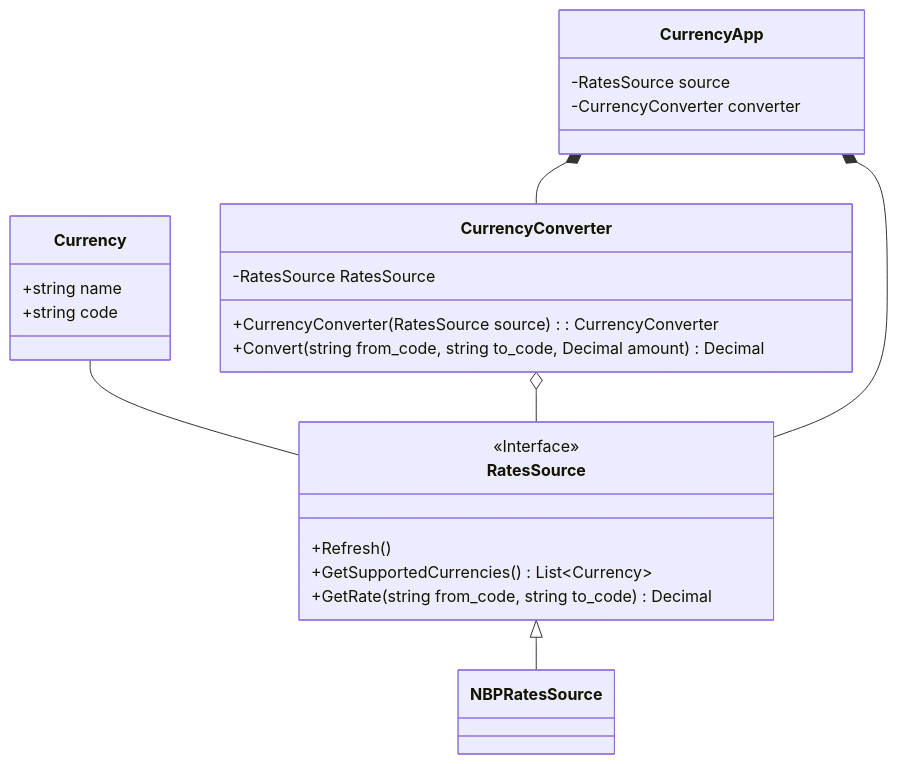
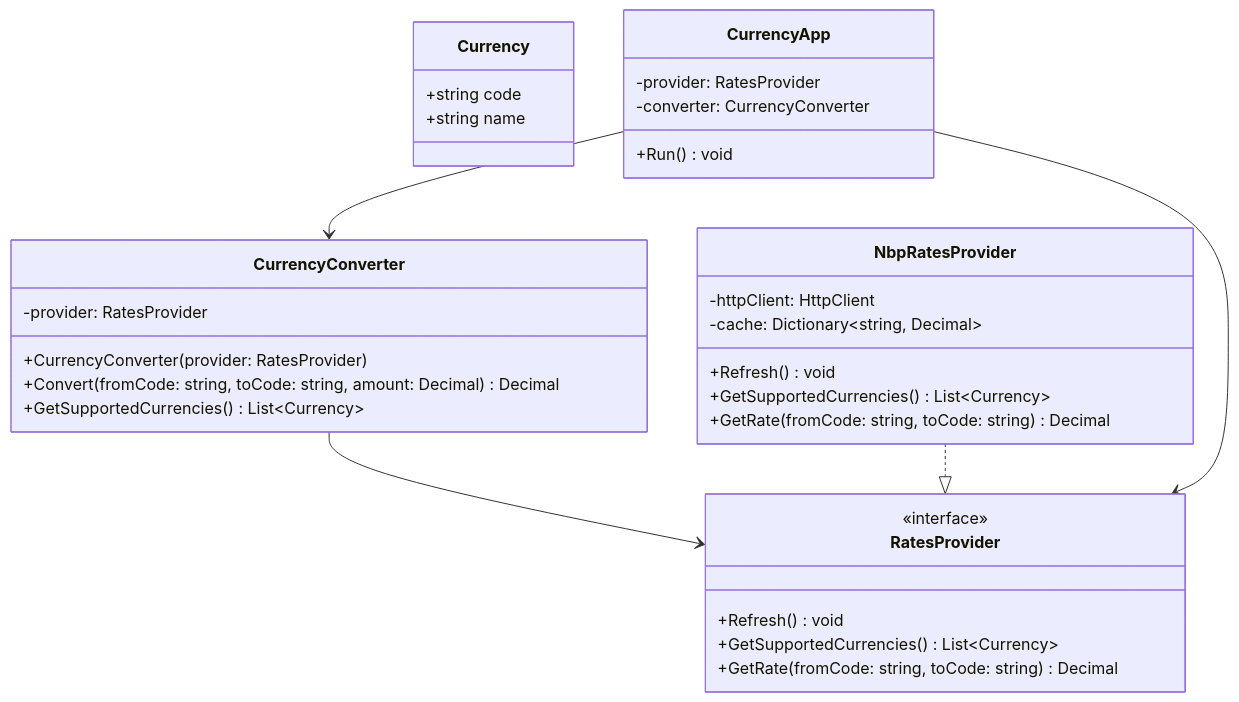
Before and after one commit to LostInTheLogs/PK-TO: the diagram in README.md, drawn with Mermaid.

Commit message:
Refactor class diagram in README.md

````diff
--- a/README.md
+++ b/README.md
@@ -2,33 +1,41 @@
 ```mermaid
 classDiagram
-
-    Currency -- RatesSource
-    class RatesSource {
-        <<Interface>>
-        +Refresh()
-        +GetSupportedCurrencies() List~Currency~
-        +GetRate(string from_code, string to_code) Decimal
-    }
-    RatesSource <|-- NBPRatesSource 
-    class NBPRatesSource{
+    class Currency {
+        +string code
+        +string name
     }
 
-    class Currency{
-      +string name
-      +string code
+    class RatesProvider {
+        <<interface>>
+        +Refresh() void
+        +GetSupportedCurrencies() List~Currency~
+        +GetRate(fromCode: string, toCode: string) Decimal
     }
 
-    CurrencyConverter o-- RatesSource
-    class CurrencyConverter{
-        -RatesSource RatesSource
-        +CurrencyConverter(RatesSource source): CurrencyConverter
-        +Convert(string from_code, string to_code, Decimal amount) Decimal
+    class NbpRatesProvider {
+        -httpClient: HttpClient
+        -cache: Dictionary~string, Decimal~
+        +Refresh() void
+        +GetSupportedCurrencies() List~Currency~
+        +GetRate(fromCode: string, toCode: string) Decimal
     }
 
-    CurrencyApp *-- CurrencyConverter
-    CurrencyApp *-- RatesSource
+    class CurrencyConverter {
+        -provider: RatesProvider
+        +CurrencyConverter(provider: RatesProvider)
+        +Convert(fromCode: string, toCode: string, amount: Decimal) Decimal
+        +GetSupportedCurrencies() List~Currency~
+    }
+
     class CurrencyApp {
-        -RatesSource source
-        -CurrencyConverter converter
+        -provider: RatesProvider
+        -converter: CurrencyConverter
+        +Run() void
     }
+
+    CurrencyConverter --> RatesProvider
+    NbpRatesProvider ..|> RatesProvider
+
+    CurrencyApp --> CurrencyConverter
+    CurrencyApp --> RatesProvider
 ```
````
